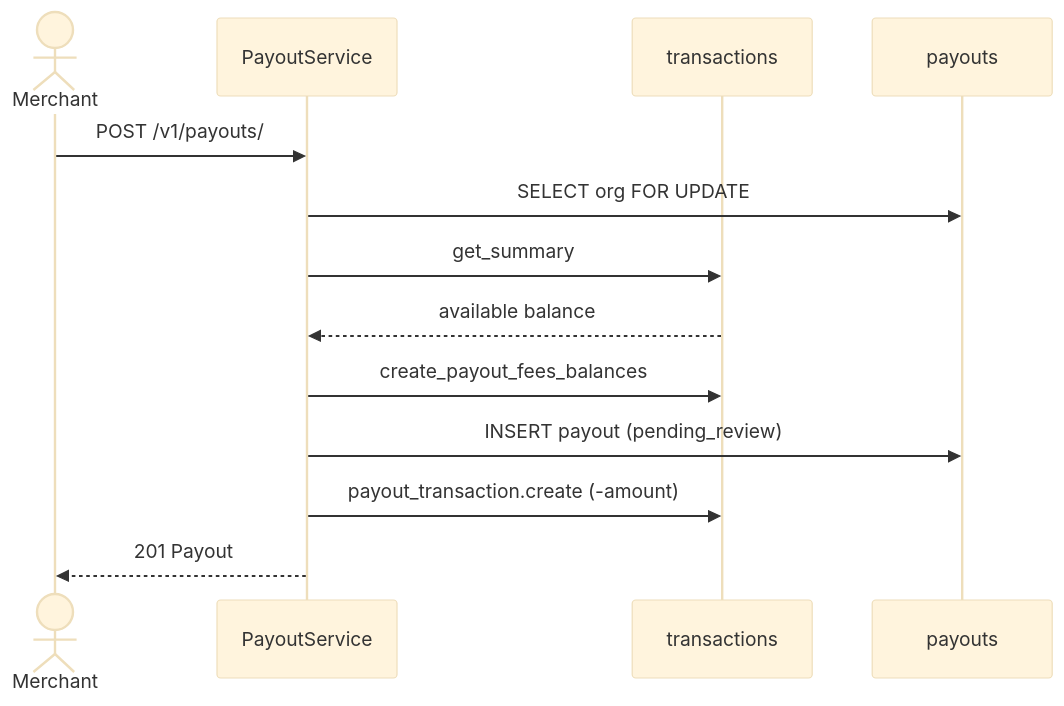
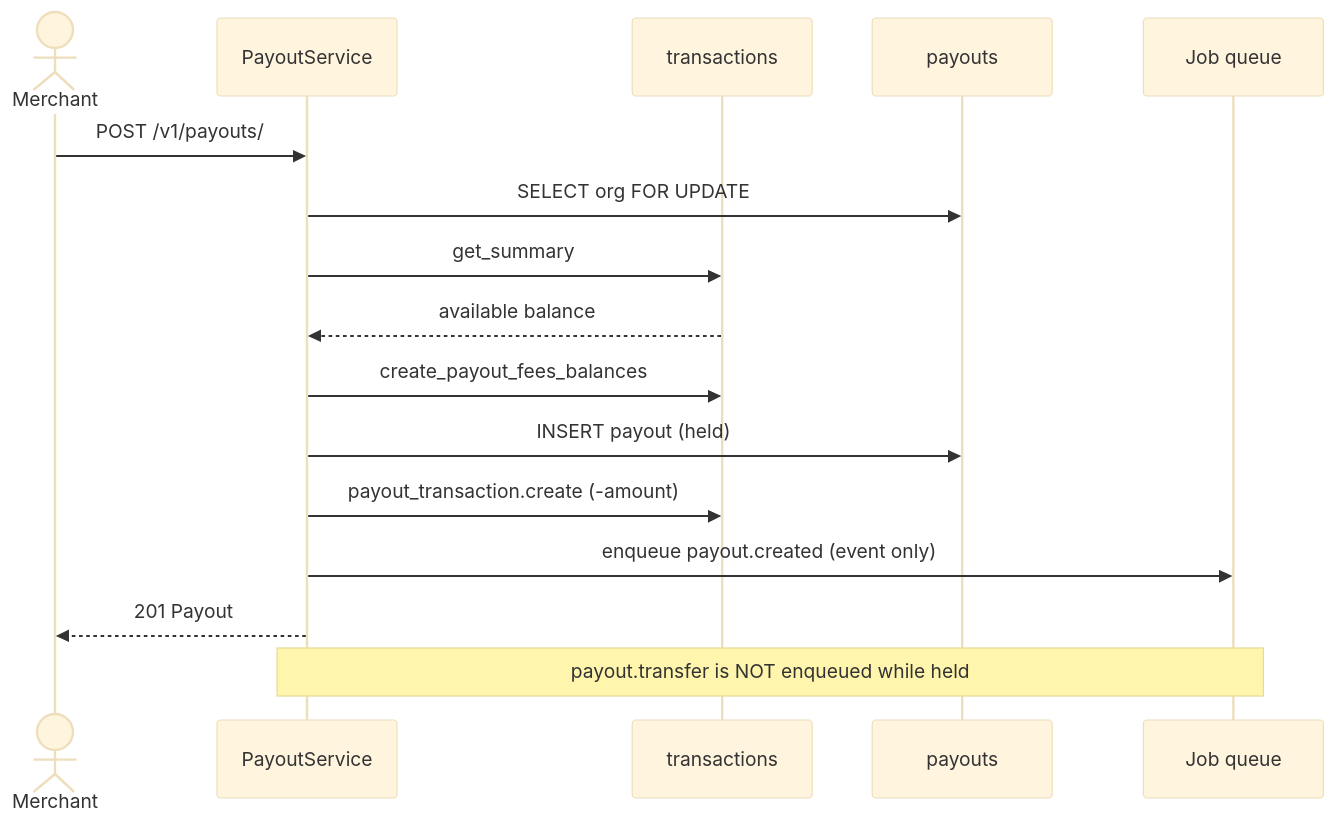
The first of 3 diagrams in handbook/engineering/design-documents/payout-reviews.mdx (polarsource/polar), drawn with Mermaid (base theme) before and after one commit. The commit also changed other lines of this file, not shown here.

First line of the commit message:
docs: address review feedback on payout reviews

````diff
--- a/handbook/engineering/design-documents/payout-reviews.mdx
+++ b/handbook/engineering/design-documents/payout-reviews.mdx
@@ -51,16 +51,19 @@
 ```mermaid
 sequenceDiagram
     actor M as Merchant
     participant API as PayoutService
     participant L as transactions
     participant P as payouts
+    participant Q as Job queue
 
     M->>API: POST /v1/payouts/
     API->>P: SELECT org FOR UPDATE
     API->>L: get_summary
     L-->>API: available balance
     API->>L: create_payout_fees_balances
-    API->>P: INSERT payout (pending_review)
+    API->>P: INSERT payout (held)
     API->>L: payout_transaction.create (-amount)
+    API->>Q: enqueue payout.created (event only)
     API-->>M: 201 Payout
+    Note over API,Q: payout.transfer is NOT enqueued while held
 ```
````
